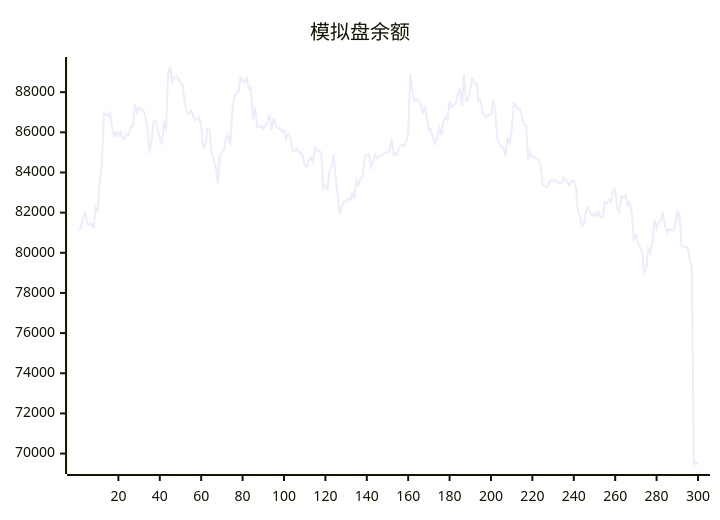
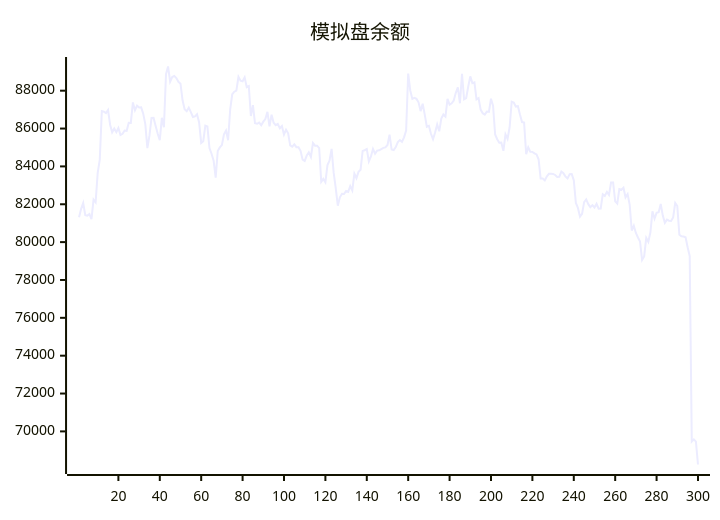
The diagram in README.md (aahl/ai-trading), drawn with Mermaid before and after one commit. The commit also changed other lines of this file and 1 other file, not shown here.

````diff
--- a/README.md
+++ b/README.md
@@ -5,5 +5,5 @@
 ```mermaid
 xychart
     title "模拟盘余额"
-    line [81105,81315,81756,82064,81426,81398,81481,81210,82242,82099,83658,84359,86925,86892,86814,86980,86203,85802,86003,85811,86028,85657,85721,85896,85880,86300,86299,87378,86965,87214,87115,87118,86780,86238,84966,85623,86555,86562,86129,85722,85387,86569,86070,88870,89278,88477,88720,88781,88668,88467,88372,87493,87018,86917,87102,86870,86613,86644,86758,86317,85242,85334,86149,86106,84968,84671,84302,83410,84816,85001,85127,85693,85891,85384,87001,87811,87945,88007,88734,88528,88495,88705,88189,88248,86662,87234,86279,86251,86314,86177,86364,86503,86886,86114,86731,86310,86176,86240,86017,86136,85685,85938,85749,85111,85044,85164,85016,85008,84824,84354,84287,84572,84745,84500,85234,85096,85095,84970,83180,83338,83157,84070,84309,84922,83667,82850,81924,82369,82552,82539,82695,82648,82962,82728,83619,83378,83710,83825,84819,84854,84917,84265,84527,84919,84668,84834,84850,84916,84981,85004,85131,85674,84891,84864,85019,85284,85393,85294,85538,85894,88904,88012,87567,87625,87568,87386,86920,87313,86737,86094,86143,85725,85437,85787,86219,85859,86526,86740,86630,87563,87264,87335,87483,87886,88180,87335,88894,87544,87608,88207,88755,88401,88444,87543,87608,87000,86810,86740,86894,86884,87576,87209,85686,85435,85251,85255,84820,85689,85453,86066,87420,87373,87161,87178,86740,86341,86315,84643,85012,84772,84768,84690,84635,84376,83360,83357,83259,83474,83608,83606,83602,83548,83440,83454,83724,83644,83464,83365,83590,83592,83275,82072,81806,81344,81492,82109,82254,82006,81848,81955,81829,82022,81769,81776,82522,82441,82656,82498,83144,83144,82150,82038,82797,82763,82872,82367,82536,81981,80612,80862,80484,80242,80034,79063,79245,80226,80016,80507,81625,81233,81544,81578,82016,81401,81019,81186,81130,81118,81306,82066,81909,80392,80304,80291,80258,79729,79261,69466,69579,69456]
+    line [81315,81756,82064,81426,81398,81481,81210,82242,82099,83658,84359,86925,86892,86814,86980,86203,85802,86003,85811,86028,85657,85721,85896,85880,86300,86299,87378,86965,87214,87115,87118,86780,86238,84966,85623,86555,86562,86129,85722,85387,86569,86070,88870,89278,88477,88720,88781,88668,88467,88372,87493,87018,86917,87102,86870,86613,86644,86758,86317,85242,85334,86149,86106,84968,84671,84302,83410,84816,85001,85127,85693,85891,85384,87001,87811,87945,88007,88734,88528,88495,88705,88189,88248,86662,87234,86279,86251,86314,86177,86364,86503,86886,86114,86731,86310,86176,86240,86017,86136,85685,85938,85749,85111,85044,85164,85016,85008,84824,84354,84287,84572,84745,84500,85234,85096,85095,84970,83180,83338,83157,84070,84309,84922,83667,82850,81924,82369,82552,82539,82695,82648,82962,82728,83619,83378,83710,83825,84819,84854,84917,84265,84527,84919,84668,84834,84850,84916,84981,85004,85131,85674,84891,84864,85019,85284,85393,85294,85538,85894,88904,88012,87567,87625,87568,87386,86920,87313,86737,86094,86143,85725,85437,85787,86219,85859,86526,86740,86630,87563,87264,87335,87483,87886,88180,87335,88894,87544,87608,88207,88755,88401,88444,87543,87608,87000,86810,86740,86894,86884,87576,87209,85686,85435,85251,85255,84820,85689,85453,86066,87420,87373,87161,87178,86740,86341,86315,84643,85012,84772,84768,84690,84635,84376,83360,83357,83259,83474,83608,83606,83602,83548,83440,83454,83724,83644,83464,83365,83590,83592,83275,82072,81806,81344,81492,82109,82254,82006,81848,81955,81829,82022,81769,81776,82522,82441,82656,82498,83144,83144,82150,82038,82797,82763,82872,82367,82536,81981,80612,80862,80484,80242,80034,79063,79245,80226,80016,80507,81625,81233,81544,81578,82016,81401,81019,81186,81130,81118,81306,82066,81909,80392,80304,80291,80258,79729,79261,69466,69579,69456,68251]
 ```
````
